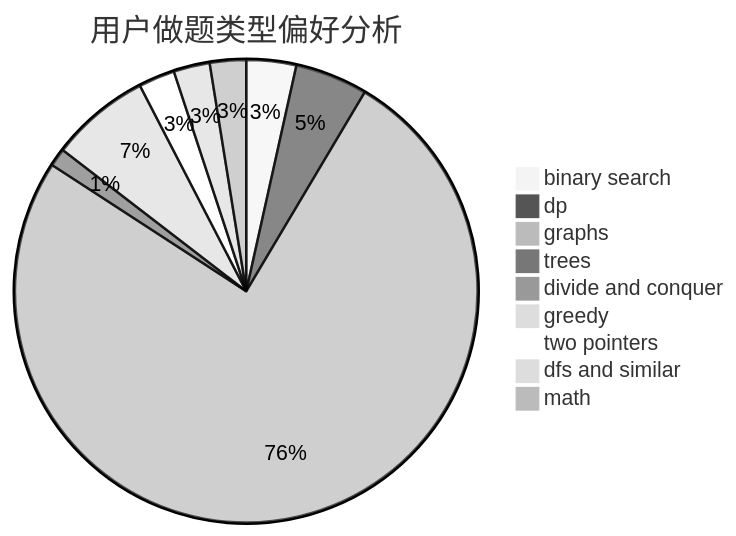
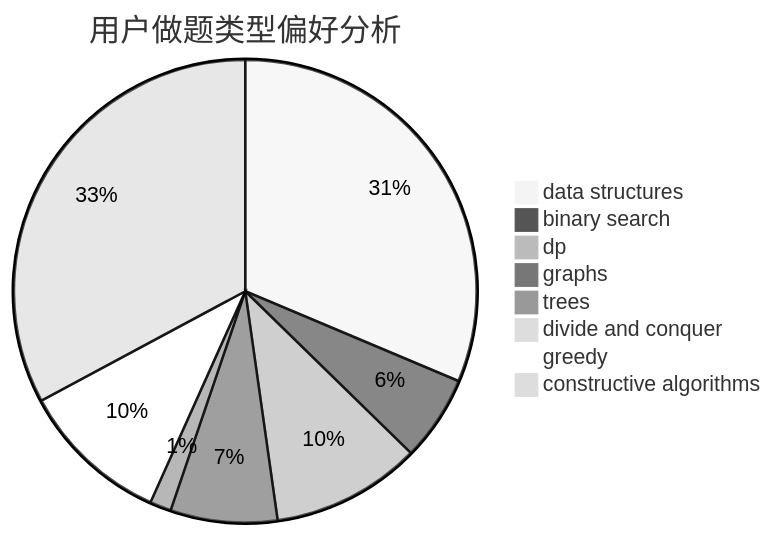
Before and after one commit to sherpahu/cfrs.github.io: the second of 3 diagrams in docs/user/u906.md, drawn with Mermaid (neutral theme). The commit also changed other lines of this file and 2775 other files, not shown here.

````diff
--- a/docs/user/u906.md
+++ b/docs/user/u906.md
@@ -23,12 +23,11 @@
 ```mermaid
 pie title 用户做题类型偏好分析
-    "binary search" :  11
-    "dp" :  16
-    "graphs" :  239
-    "trees" :  4
+    "data structures" :  21
+    "binary search" :  4
+    "dp" :  7
+    "graphs" :  5
+    "trees" :  1
     "divide and conquer" :  0
-    "greedy" :  22
-    "two pointers" :  8
-    "dfs and similar" :  8
-    "math" :  8
+    "greedy" :  7
+    "constructive algorithms" :  22
 ```
````
